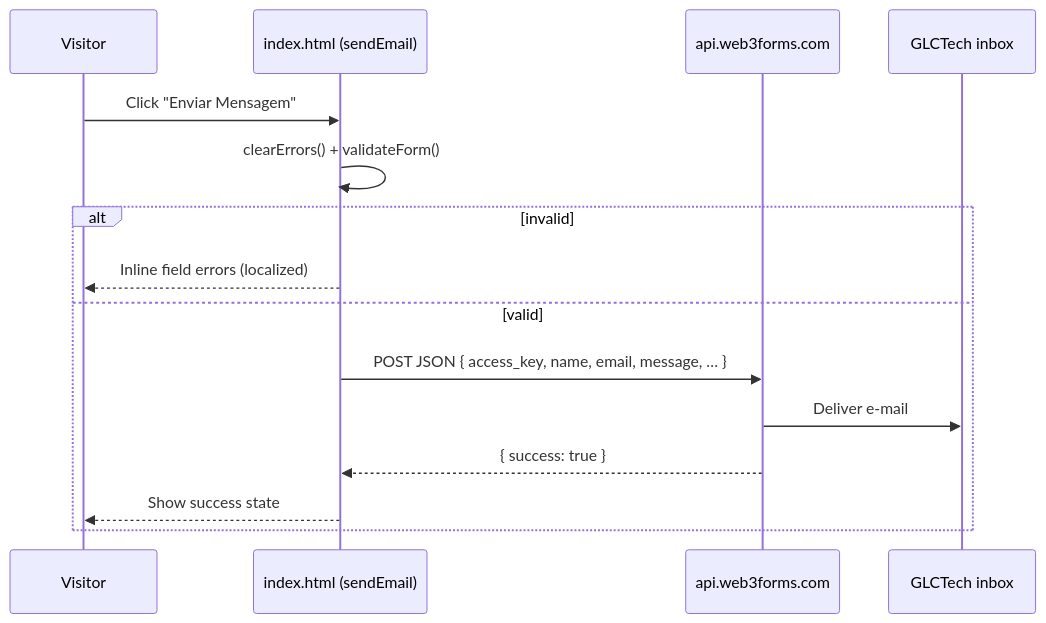
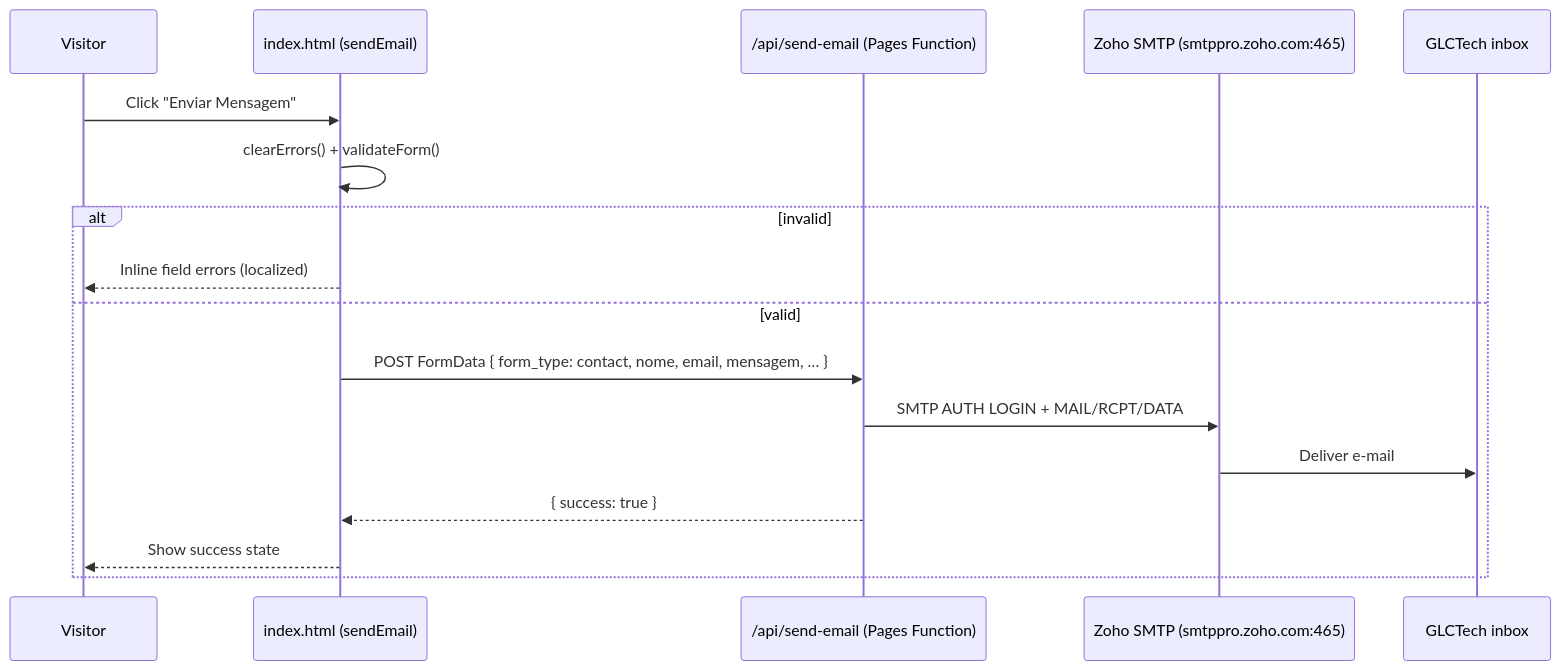
Before and after one commit to glctech/site2.0: the second of 5 diagrams in docs/ARCHITECTURE.md, drawn with Mermaid. The commit also changed other lines of this file and 6 other files, not shown here.

````diff
--- a/docs/ARCHITECTURE.md
+++ b/docs/ARCHITECTURE.md
@@ -194,17 +198,19 @@
 ```mermaid
 sequenceDiagram
     participant U as Visitor
     participant P as index.html (sendEmail)
-    participant W as api.web3forms.com
+    participant F as /api/send-email (Pages Function)
+    participant Z as Zoho SMTP (smtppro.zoho.com:465)
     participant M as GLCTech inbox
     U->>P: Click "Enviar Mensagem"
     P->>P: clearErrors() + validateForm()
     alt invalid
         P-->>U: Inline field errors (localized)
     else valid
-        P->>W: POST JSON { access_key, name, email, message, … }
-        W->>M: Deliver e-mail
-        W-->>P: { success: true }
+        P->>F: POST FormData { form_type: contact, nome, email, mensagem, … }
+        F->>Z: SMTP AUTH LOGIN + MAIL/RCPT/DATA
+        Z->>M: Deliver e-mail
+        F-->>P: { success: true }
         P-->>U: Show success state
     end
 ```
````
